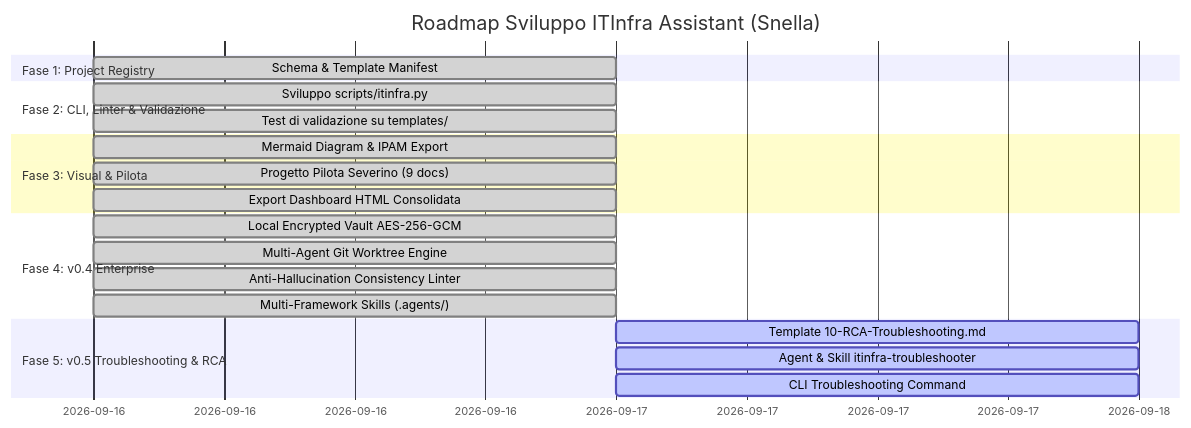
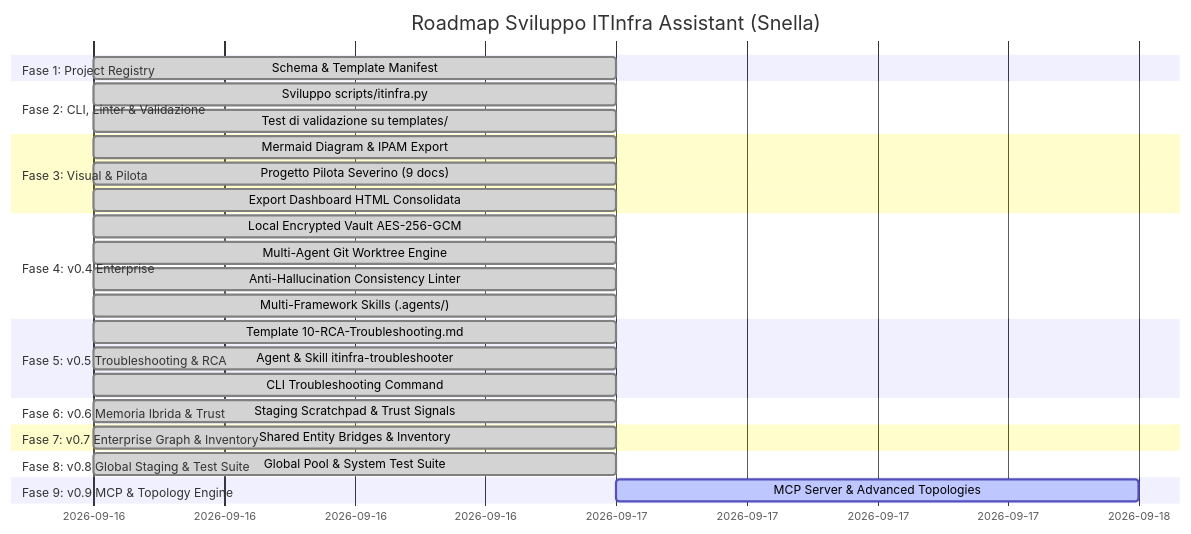
Before and after one commit to matrixNeo76/ItInfra: the diagram in docs/02-ROADMAP-PIANO-SVILUPPO.md, drawn with Mermaid. The commit also changed other lines of this file and 38 other files, not shown here.

Commit message:
feat: release v0.6, v0.7 & v0.8 - hybrid memory, global asset graph, staging memory & enterprise test suite

````diff
--- a/docs/02-ROADMAP-PIANO-SVILUPPO.md
+++ b/docs/02-ROADMAP-PIANO-SVILUPPO.md
@@ -64,23 +64,31 @@
 ```mermaid
 gantt
     title Roadmap Sviluppo ITInfra Assistant (Snella)
     dateFormat  YYYY-MM-DD
     section Fase 1: Project Registry
     Schema & Template Manifest         :done, p1, 2026-09-16, 1d
     section Fase 2: CLI, Linter & Validazione
     Sviluppo scripts/itinfra.py        :done, p2, 2026-09-16, 1d
     Test di validazione su templates/  :done, p3, 2026-09-16, 1d
     section Fase 3: Visual & Pilota
     Mermaid Diagram & IPAM Export      :done, p4, 2026-09-16, 1d
     Progetto Pilota Severino (9 docs)  :done, p5, 2026-09-16, 1d
     Export Dashboard HTML Consolidata  :done, p6, 2026-09-16, 1d
     section Fase 4: v0.4 Enterprise
     Local Encrypted Vault AES-256-GCM  :done, p7, 2026-09-16, 1d
     Multi-Agent Git Worktree Engine    :done, p8, 2026-09-16, 1d
     Anti-Hallucination Consistency Linter:done, p9, 2026-09-16, 1d
     Multi-Framework Skills (.agents/)  :done, p10, 2026-09-16, 1d
     section Fase 5: v0.5 Troubleshooting & RCA
-    Template 10-RCA-Troubleshooting.md :active, p11, 2026-09-17, 1d
-    Agent & Skill itinfra-troubleshooter:active, p12, 2026-09-17, 1d
-    CLI Troubleshooting Command        :active, p13, 2026-09-17, 1d
+    Template 10-RCA-Troubleshooting.md :done, p11, 2026-09-16, 1d
+    Agent & Skill itinfra-troubleshooter:done, p12, 2026-09-16, 1d
+    CLI Troubleshooting Command        :done, p13, 2026-09-16, 1d
+    section Fase 6: v0.6 Memoria Ibrida & Trust
+    Staging Scratchpad & Trust Signals :done, p14, 2026-09-16, 1d
+    section Fase 7: v0.7 Enterprise Graph & Inventory
+    Shared Entity Bridges & Inventory  :done, p15, 2026-09-16, 1d
+    section Fase 8: v0.8 Global Staging & Test Suite
+    Global Pool & System Test Suite    :done, p16, 2026-09-16, 1d
+    section Fase 9: v0.9 MCP & Topology Engine
+    MCP Server & Advanced Topologies   :active, p17, 2026-09-17, 1d
 ```
````
